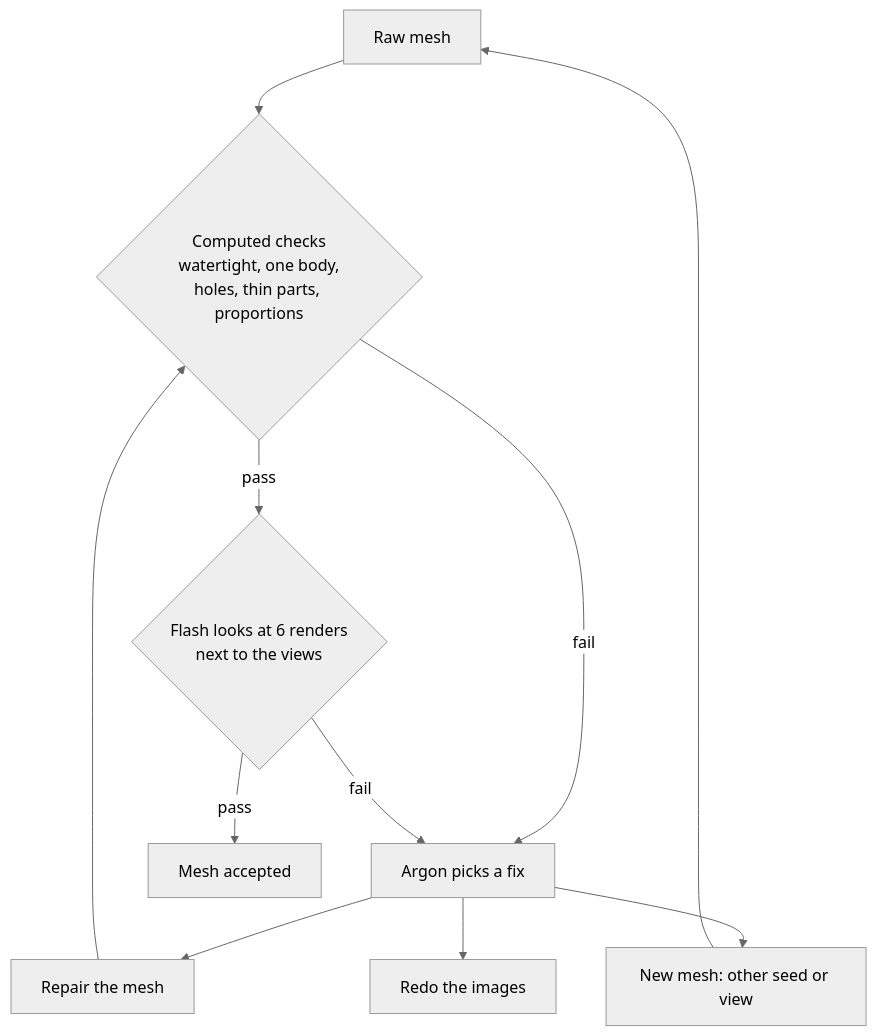
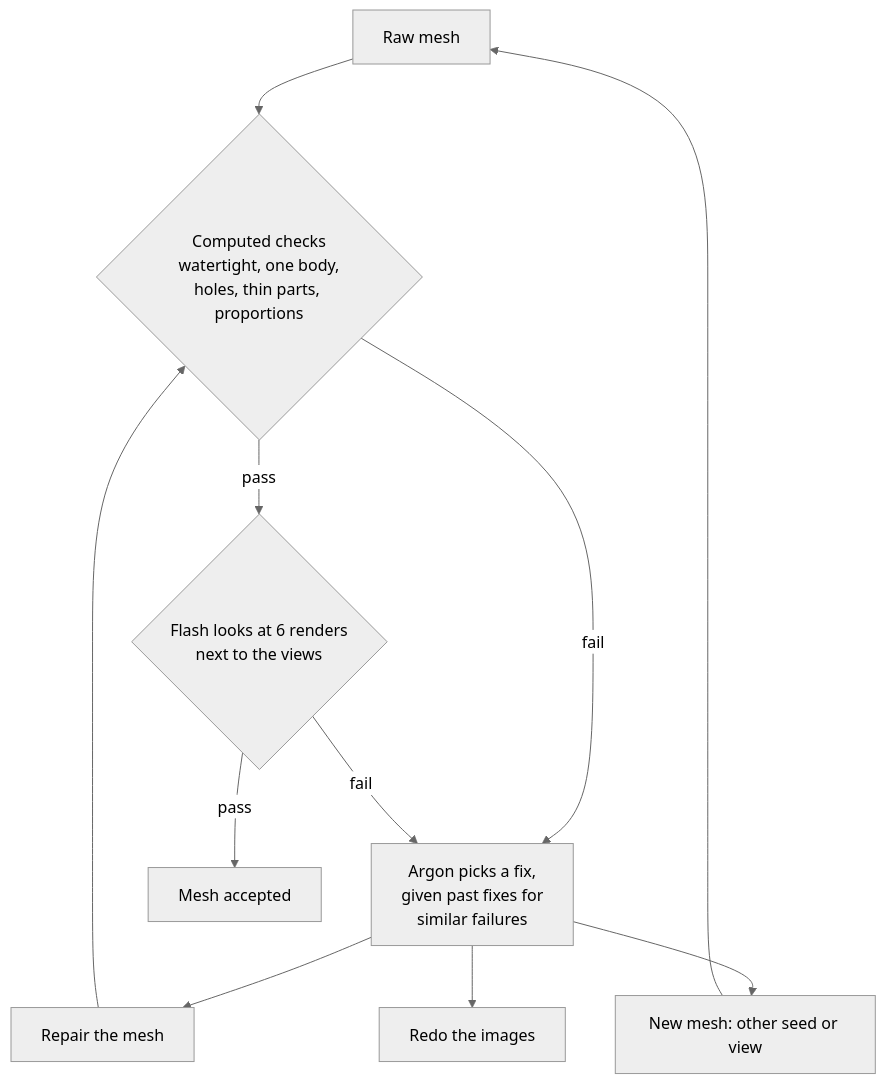
The second of 6 diagrams in docs/overview.md (Hrrsmjd/flowarc), drawn with Mermaid (neutral theme) before and after one commit. The commit also changed other lines of this file, not shown here.

````diff
--- a/docs/overview.md
+++ b/docs/overview.md
@@ -42,13 +42,13 @@
 ```mermaid
 flowchart TB
     M[Raw mesh] --> C{Computed checks<br/>watertight, one body,<br/>holes, thin parts, proportions}
     C -- fail --> A
     C -- pass --> F{Flash looks at 6 renders<br/>next to the views}
     F -- pass --> OK[Mesh accepted]
-    F -- fail --> A[Argon picks a fix]
+    F -- fail --> A[Argon picks a fix,<br/>given past fixes for<br/>similar failures]
     A --> R1[Repair the mesh]
     A --> R2[New mesh: other seed or view]
     A --> R3[Redo the images]
     R1 --> C
     R2 --> M
 ```
````
